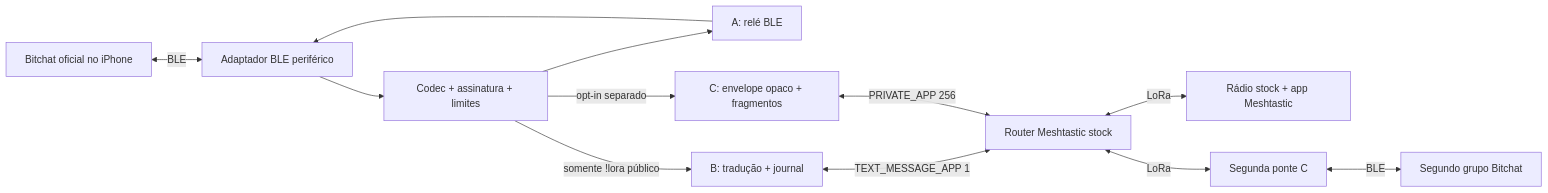
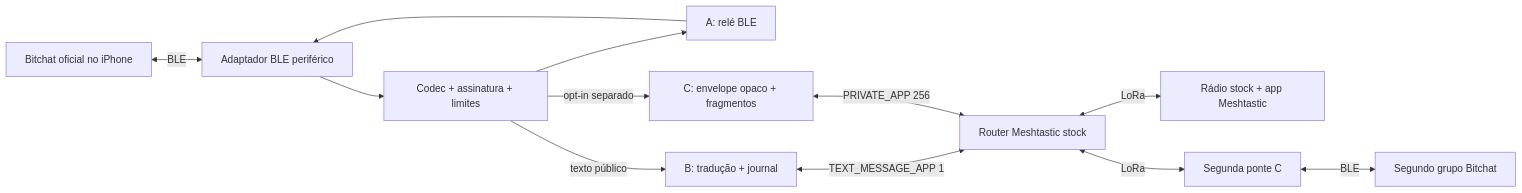
One commit to EduChacon/meshtastic-bitchat changed the diagram in docs/bridge/ARCHITECTURE.md. Above: the diagram before and after it, drawn with Mermaid. The commit also changed other lines of this file and 21 other files, not shown here.

````diff
--- a/docs/bridge/ARCHITECTURE.md
+++ b/docs/bridge/ARCHITECTURE.md
@@ -9,14 +5,14 @@
 ```mermaid
 flowchart LR
   IP1[Bitchat oficial no iPhone] <-->|BLE| BLE[Adaptador BLE periférico]
   BLE --> CODEC[Codec + assinatura + limites]
   CODEC --> A[A: relé BLE]
   A --> BLE
-  CODEC -->|somente !lora público| B[B: tradução + journal]
+  CODEC -->|texto público| B[B: tradução + journal]
   B <-->|TEXT_MESSAGE_APP 1| M[Router Meshtastic stock]
   CODEC -->|opt-in separado| C[C: envelope opaco + fragmentos]
   C <-->|PRIVATE_APP 256| M
   M <-->|LoRa| STOCK[Rádio stock + app Meshtastic]
   M <-->|LoRa| BR2[Segunda ponte C]
   BR2 <-->|BLE| IP2[Segundo grupo Bitchat]
 ```
````
